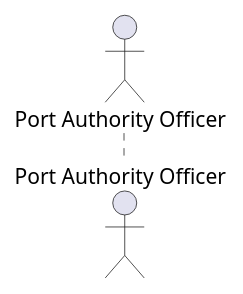
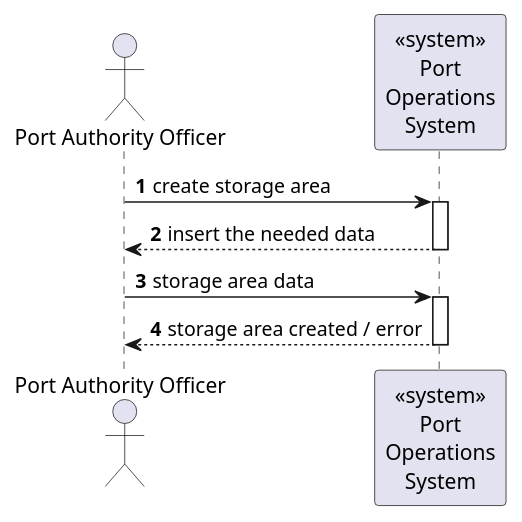
The diagram in docs/sprint1/level1/process_view/1230762 - João Monteiro/US 2.2.4/SD_US2.2.4_CREATE.puml (Departamento-de-Engenharia-Informatica/LEI-SEM5-PI-2025-26-3DK-04), drawn with PlantUML before and after one commit. The commit also changed 20 other files, not shown here.

```diff
--- a/docs/sprint1/level1/process_view/1230762 - João Monteiro/US 2.2.4/SD_US2.2.4_CREATE.puml
+++ b/docs/sprint1/level1/process_view/1230762 - João Monteiro/US 2.2.4/SD_US2.2.4_CREATE.puml
@@ -1,6 +1,16 @@
 @startuml SD_US2.2.4_CREATE
 autonumber
 
 actor "Port Authority Officer" as Officer
+participant "<<system>>\nPort\nOperations\nSystem" as System
 
+Officer -> System : create storage area
+activate System
+System --> Officer : insert the needed data
+deactivate System
+
+Officer -> System : storage area data
+activate System
+System --> Officer : storage area created / error
+deactivate System
 @enduml
```
